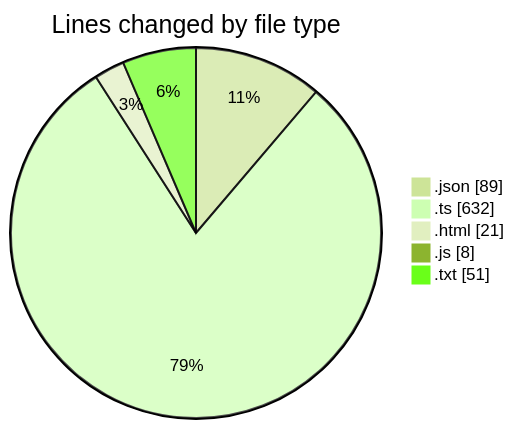
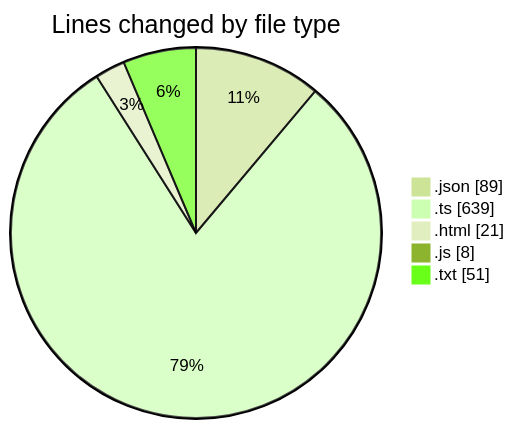
One commit to tmsrecording-cyber/code-tracking changed the first of 2 diagrams in 2026-02-02/singularitybrainai/README.md. Above: the diagram before and after it, drawn with Mermaid (forest theme). The commit also changed other lines of this file and 1 other file, not shown here.

````diff
--- a/2026-02-02/singularitybrainai/README.md
+++ b/2026-02-02/singularitybrainai/README.md
@@ -28,9 +28,9 @@
 ```mermaid
 pie showData
 title Lines changed by file type
 ".json" : 89
-".ts" : 632
+".ts" : 639
 ".html" : 21
 ".js" : 8
 ".txt" : 51
 ```
````
